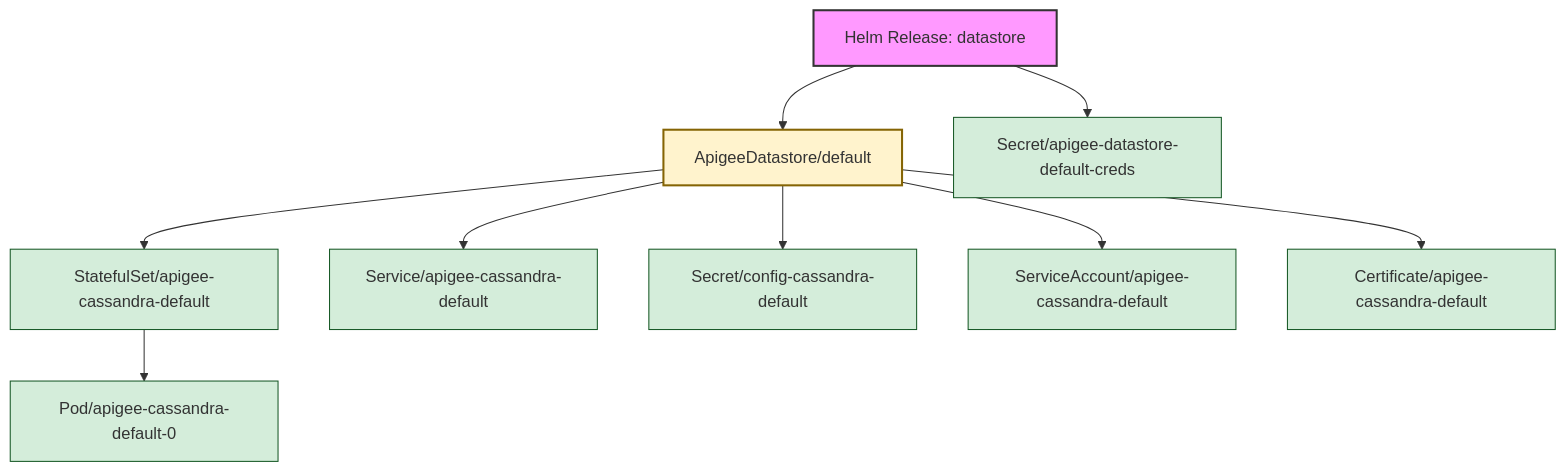
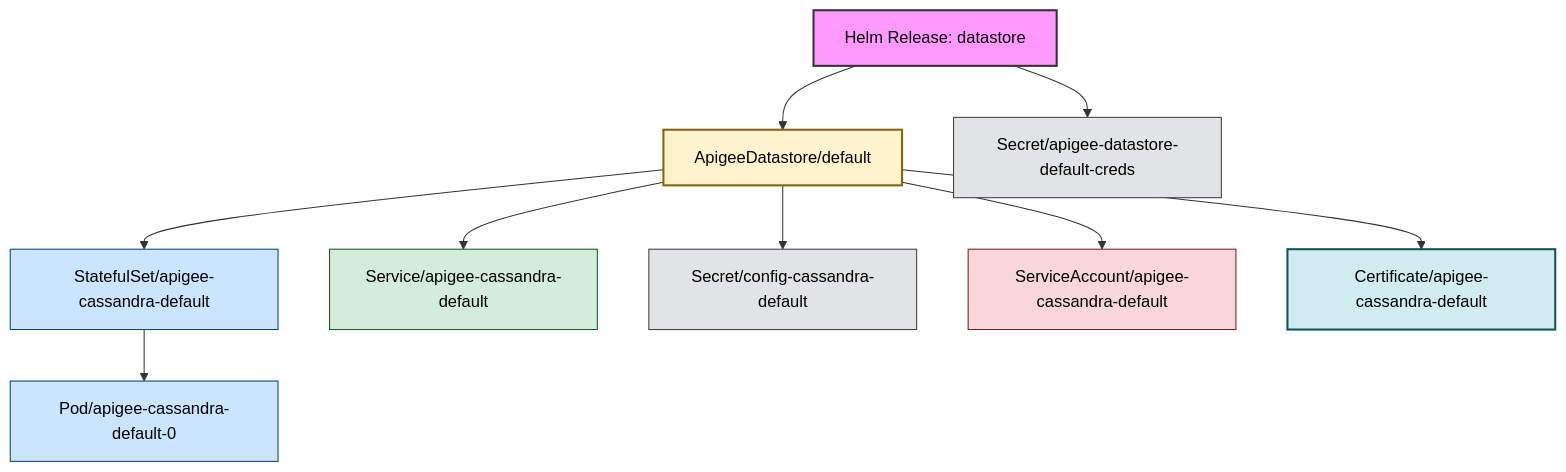
The diagram in generated/datastore.md (anaik91/apigee-hybrid-relationship-builder), drawn with Mermaid before and after one commit. The commit also changed other lines of this file and 8 other files, not shown here.

````diff
--- a/generated/datastore.md
+++ b/generated/datastore.md
@@ -10,32 +12,41 @@
 ```mermaid
 graph TD;
-    classDef helm fill:#f9f,stroke:#333,stroke-width:2px;
-    classDef primitive fill:#d4edda,stroke:#155724,stroke-width:1px;
-    classDef apigee_crd fill:#fff3cd,stroke:#856404,stroke-width:2px;
+    classDef helm fill:#f9f,stroke:#333,stroke-width:2px,color:#000
+    classDef workload fill:#cce5ff,stroke:#004085,stroke-width:1px,color:#000
+    classDef network fill:#d4edda,stroke:#155724,stroke-width:1px,color:#000
+    classDef config fill:#e2e3e5,stroke:#383d41,stroke-width:1px,color:#000
+    classDef rbac fill:#f8d7da,stroke:#721c24,stroke-width:1px,color:#000
+    classDef apigee_crd fill:#fff3cd,stroke:#856404,stroke-width:2px,color:#000
+    classDef cert_manager_crd fill:#d1ecf1,stroke:#0c5460,stroke-width:2px,color:#000
+    classDef webhook fill:#ddd,stroke:#333,stroke-width:2px,color:#000
+    classDef default fill:#fff,stroke:#333,stroke-width:1px,color:#000
+
     ApigeeDatastoredefault["ApigeeDatastore/default"]
+    StatefulSetapigeecassandradefault["StatefulSet/apigee-cassandra-default"]
+    Serviceapigeecassandradefault["Service/apigee-cassandra-default"]
+    Secretconfigcassandradefault["Secret/config-cassandra-default"]
+    ServiceAccountapigeecassandradefault["ServiceAccount/apigee-cassandra-default"]
+    Certificateapigeecassandradefault["Certificate/apigee-cassandra-default"]
+    Podapigeecassandradefault0["Pod/apigee-cassandra-default-0"]
+    HelmReleasedatastore["Helm Release: datastore"]
+    Secretapigeedatastoredefaultcreds["Secret/apigee-datastore-default-creds"]
+
     class ApigeeDatastoredefault apigee_crd;
-    StatefulSetapigeecassandradefault["StatefulSet/apigee-cassandra-default"]
-    class StatefulSetapigeecassandradefault primitive;
+    class StatefulSetapigeecassandradefault workload;
+    class Serviceapigeecassandradefault network;
+    class Secretconfigcassandradefault config;
+    class ServiceAccountapigeecassandradefault rbac;
+    class Certificateapigeecassandradefault cert_manager_crd;
+    class Podapigeecassandradefault0 workload;
+    class HelmReleasedatastore helm;
+    class Secretapigeedatastoredefaultcreds config;
+
     ApigeeDatastoredefault --> StatefulSetapigeecassandradefault
-    Serviceapigeecassandradefault["Service/apigee-cassandra-default"]
-    class Serviceapigeecassandradefault primitive;
     ApigeeDatastoredefault --> Serviceapigeecassandradefault
-    Secretconfigcassandradefault["Secret/config-cassandra-default"]
-    class Secretconfigcassandradefault primitive;
     ApigeeDatastoredefault --> Secretconfigcassandradefault
-    ServiceAccountapigeecassandradefault["ServiceAccount/apigee-cassandra-default"]
-    class ServiceAccountapigeecassandradefault primitive;
     ApigeeDatastoredefault --> ServiceAccountapigeecassandradefault
-    Certificateapigeecassandradefault["Certificate/apigee-cassandra-default"]
-    class Certificateapigeecassandradefault primitive;
     ApigeeDatastoredefault --> Certificateapigeecassandradefault
-    Podapigeecassandradefault0["Pod/apigee-cassandra-default-0"]
-    class Podapigeecassandradefault0 primitive;
     StatefulSetapigeecassandradefault --> Podapigeecassandradefault0
-    HelmReleasedatastore["Helm Release: datastore"]
-    class HelmReleasedatastore helm;
-    Secretapigeedatastoredefaultcreds["Secret/apigee-datastore-default-creds"]
-    class Secretapigeedatastoredefaultcreds primitive;
     HelmReleasedatastore --> Secretapigeedatastoredefaultcreds
     HelmReleasedatastore --> ApigeeDatastoredefault
 ```
````
